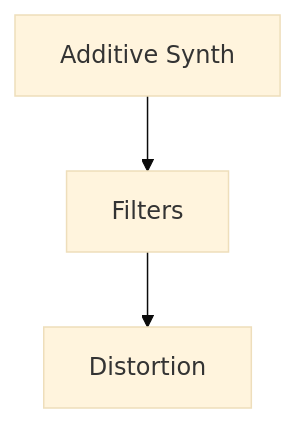
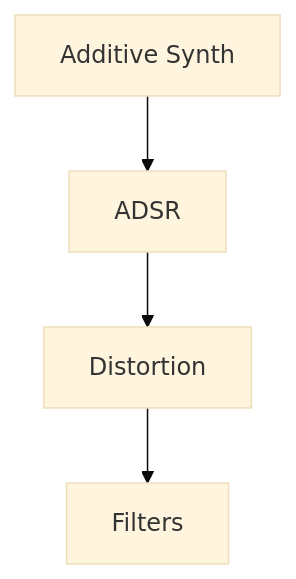
Before and after one commit to yashiquechalil/handshake_rnbo_example: the diagram in README.md, drawn with Mermaid (base theme). The commit also changed other lines of this file, not shown here.

````diff
--- a/README.md
+++ b/README.md
@@ -20,5 +20,6 @@
 ```mermaid
 flowchart TD
-  A[Additive Synth] --> B[Filters]
+  A[Additive Synth] --> B[ADSR]
   B --> C[Distortion]
+  C --> D[Filters]
 ```
````
